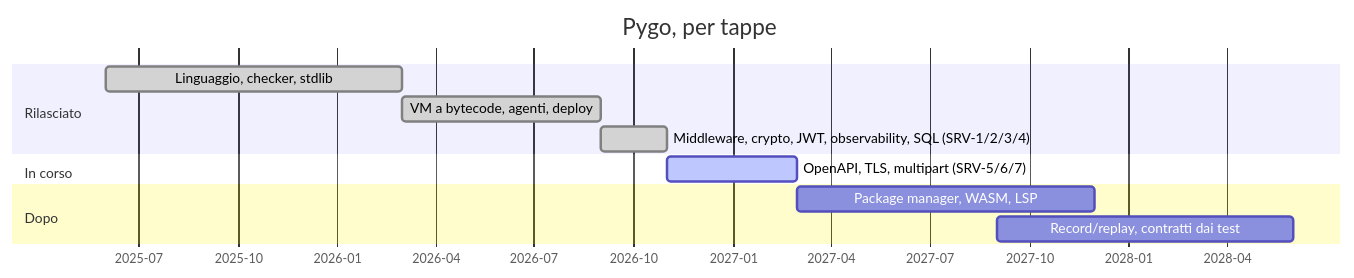
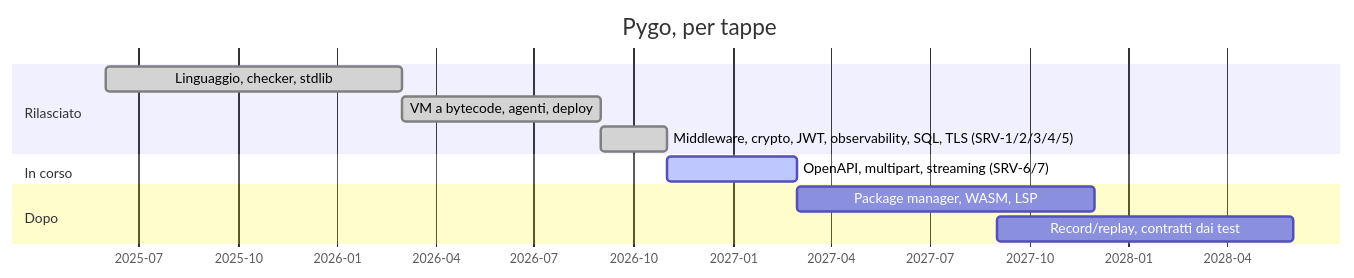
The third of 3 diagrams in README.md (marcodc74/pygo), drawn with Mermaid before and after one commit. The commit also changed other lines of this file and 12 other files, not shown here.

First line of the commit message:
Add TLS to http.serve with hot certificate reload (SRV-5)

````diff
--- a/README.md
+++ b/README.md
@@ -449,15 +449,15 @@
 ```mermaid
 gantt
     title Pygo, per tappe
     dateFormat YYYY-MM-DD
     axisFormat %Y-%m
     section Rilasciato
     Linguaggio, checker, stdlib        :done, 2025-06-01, 2026-03-01
     VM a bytecode, agenti, deploy      :done, 2026-03-01, 2026-09-01
-    Middleware, crypto, JWT, observability, SQL (SRV-1/2/3/4) :done, 2026-09-01, 2026-11-01
+    Middleware, crypto, JWT, observability, SQL, TLS (SRV-1/2/3/4/5) :done, 2026-09-01, 2026-11-01
     section In corso
-    OpenAPI, TLS, multipart (SRV-5/6/7) :active, 2026-11-01, 2027-03-01
+    OpenAPI, multipart, streaming (SRV-6/7) :active, 2026-11-01, 2027-03-01
     section Dopo
     Package manager, WASM, LSP         :2027-03-01, 2027-12-01
     Record/replay, contratti dai test  :2027-09-01, 2028-06-01
 ```
````
